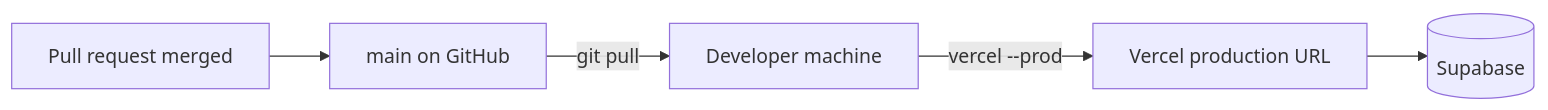
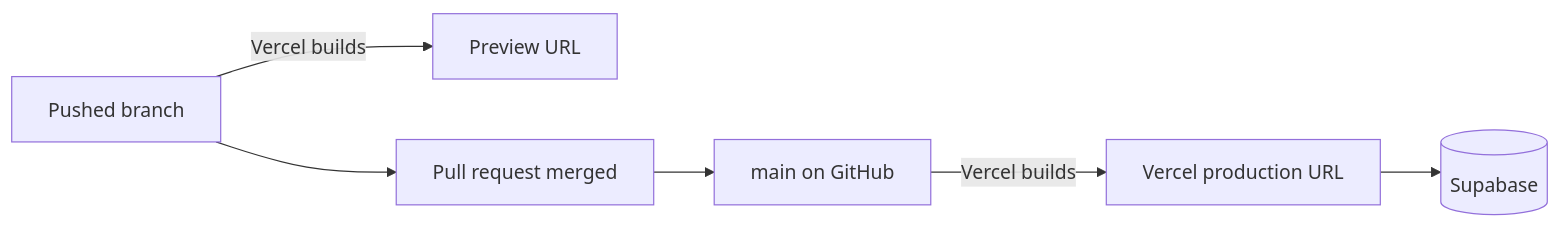
Before and after one commit to TanvirMahmudTushar/gym-buddy: the seventh of 7 diagrams in docs/03-tdd.md, drawn with Mermaid. The commit also changed other lines of this file and 3 other files, not shown here.

````diff
--- a/docs/03-tdd.md
+++ b/docs/03-tdd.md
@@ -1017,7 +1017,7 @@
 ```mermaid
 flowchart LR
-    PR[Pull request merged] --> Main[main on GitHub]
-    Main -->|git pull| Dev[Developer machine]
-    Dev -->|vercel --prod| Prod[Vercel production URL]
+    Branch[Pushed branch] -->|Vercel builds| Preview[Preview URL]
+    Branch --> PR[Pull request merged] --> Main[main on GitHub]
+    Main -->|Vercel builds| Prod[Vercel production URL]
     Prod --> DB[(Supabase)]
 ```
````
